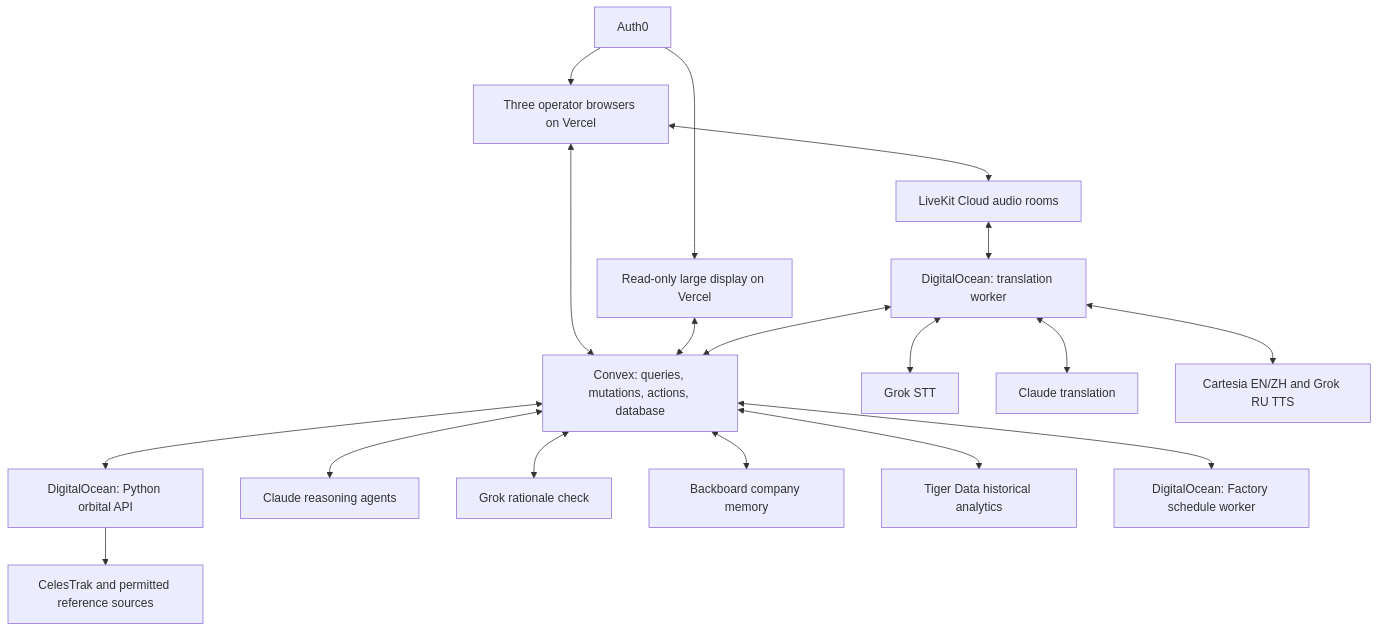
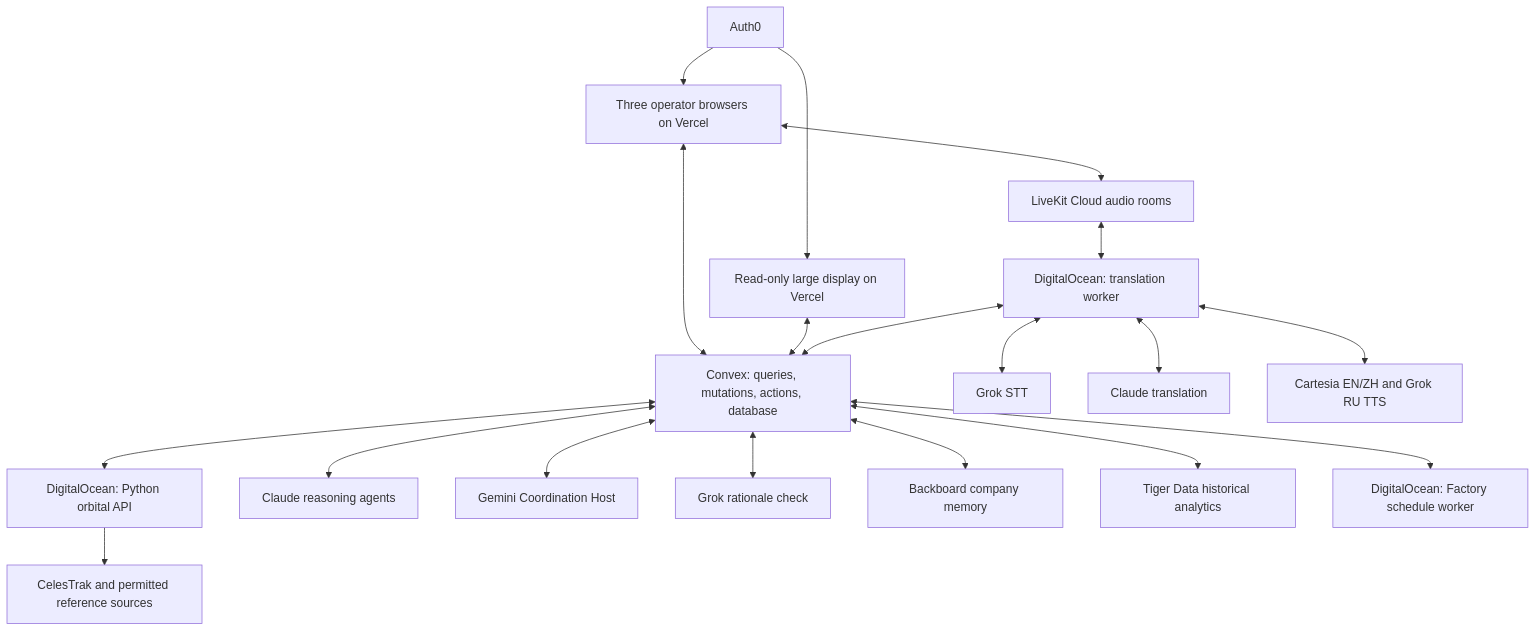
One commit to ksavkin/OrbitCall changed the diagram in docs/master-roadmap.md. Above: the diagram before and after it, drawn with Mermaid. The commit also changed other lines of this file and 14 other files, not shown here.

Commit message:
Add Gemini Coordination Host and align docs with the master roadmap

````diff
--- a/docs/master-roadmap.md
+++ b/docs/master-roadmap.md
@@ -235,20 +239,21 @@
 ```mermaid
 flowchart TD
     UI[Three operator browsers on Vercel] <--> CV[Convex: queries, mutations, actions, database]
     OBS[Read-only large display on Vercel] <--> CV
     AUTH[Auth0] --> UI
     AUTH --> OBS
     CV <--> ORBIT[DigitalOcean: Python orbital API]
     ORBIT --> DATA[CelesTrak and permitted reference sources]
     CV <--> CLAUDE[Claude reasoning agents]
+    CV <--> GEMINI[Gemini Coordination Host]
     CV <--> CHECK[Grok rationale check]
     CV <--> MEMORY[Backboard company memory]
     CV <--> TIGER[Tiger Data historical analytics]
     CV <--> FACTORY[DigitalOcean: Factory schedule worker]
     UI <--> LK[LiveKit Cloud audio rooms]
     LK <--> VOICE[DigitalOcean: translation worker]
     VOICE <--> STT[Grok STT]
     VOICE <--> TRANS[Claude translation]
     VOICE <--> TTS[Cartesia EN/ZH and Grok RU TTS]
     VOICE <--> CV
 ```
````
